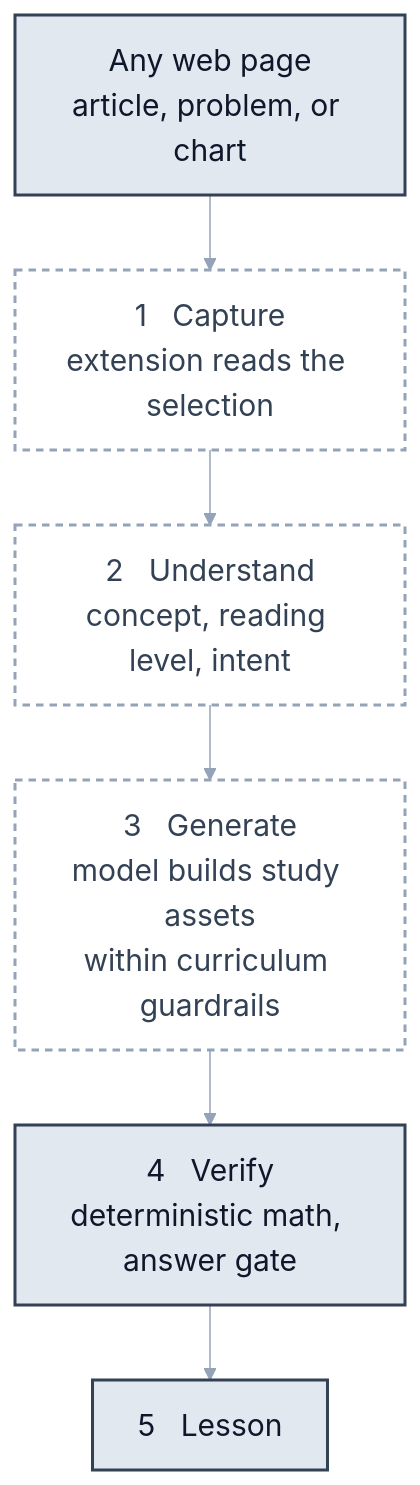
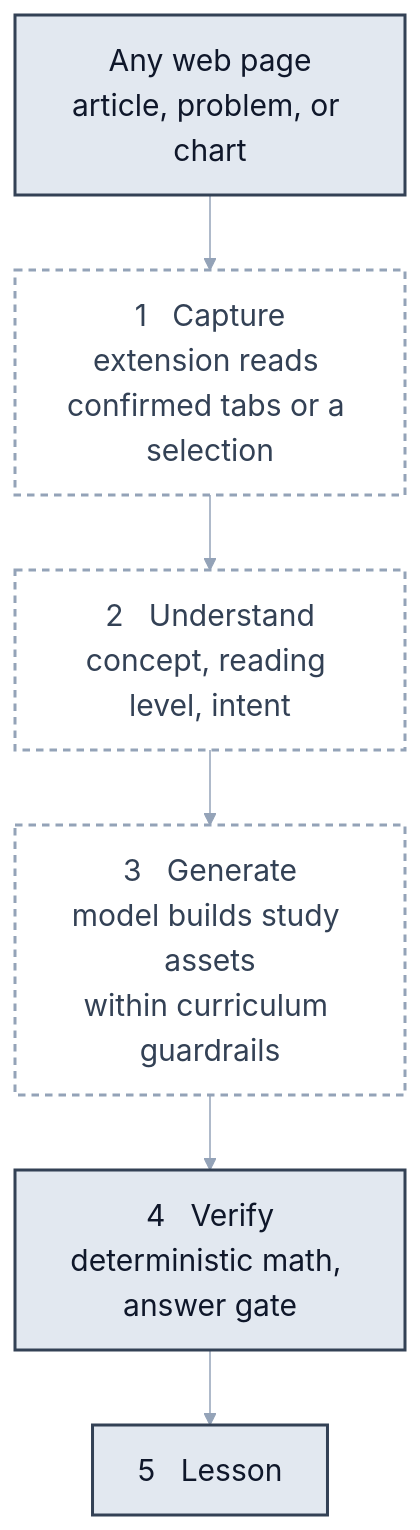
Before and after one commit to rsusarla3/prism: the first of 3 diagrams in README.md, drawn with Mermaid. The commit also changed other lines of this file and 23 other files, not shown here.

````diff
--- a/README.md
+++ b/README.md
@@ -21,17 +21,17 @@
 ```mermaid
 %%{init: {'theme':'base','themeVariables':{'fontSize':'20px','fontFamily':'system-ui, sans-serif','primaryColor':'#f8fafc','primaryTextColor':'#0f172a','primaryBorderColor':'#475569','lineColor':'#94a3b8'}}}%%
 flowchart TD
     PAGE["Any web page<br/>article, problem, or chart"]
-    EXT["1 &nbsp; Capture<br/>extension reads the selection"]
+    EXT["1 &nbsp; Capture<br/>extension reads confirmed tabs or a selection"]
     UND["2 &nbsp; Understand<br/>concept, reading level, intent"]
     GEN["3 &nbsp; Generate<br/>model builds study assets<br/>within curriculum guardrails"]
     VER["4 &nbsp; Verify<br/>deterministic math, answer gate"]
     OUT["5 &nbsp; Lesson"]
 
     PAGE --> EXT --> UND --> GEN --> VER --> OUT
 
     classDef done fill:#e2e8f0,stroke:#334155,stroke-width:2px,color:#0f172a;
     classDef todo fill:#ffffff,stroke:#94a3b8,stroke-width:2px,stroke-dasharray:5 4,color:#334155;
     class PAGE,VER,OUT done;
     class EXT,UND,GEN todo;
 ```
````
